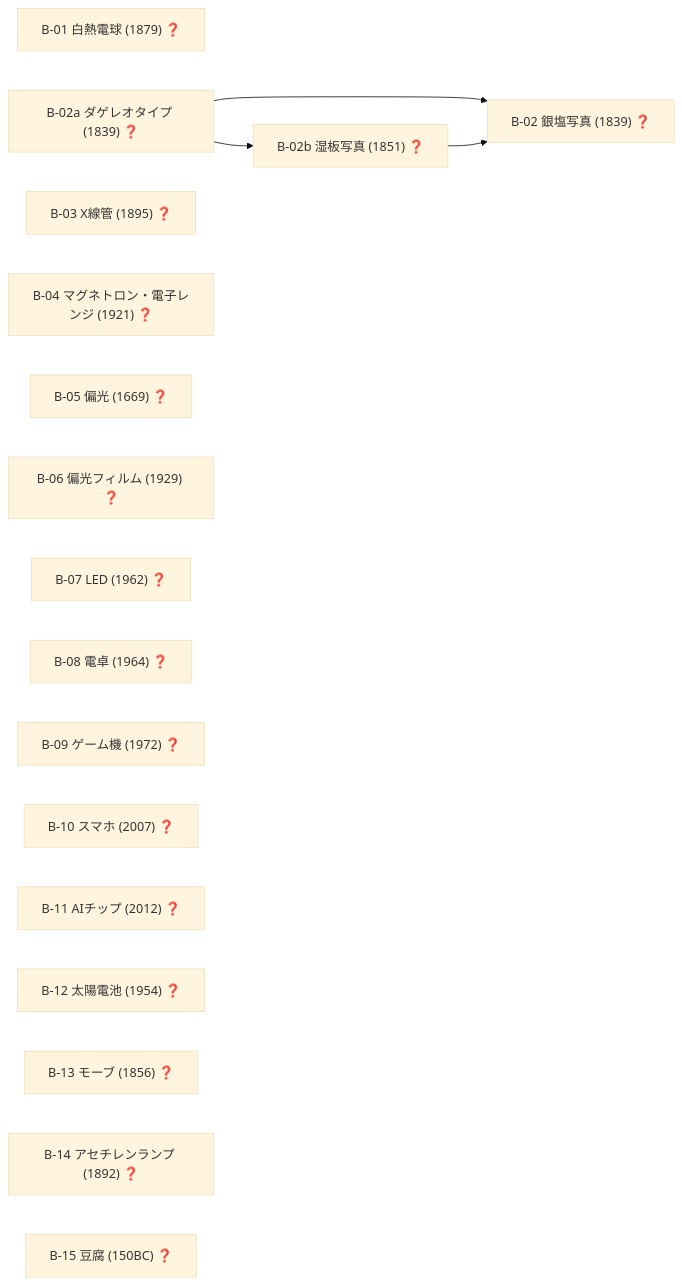
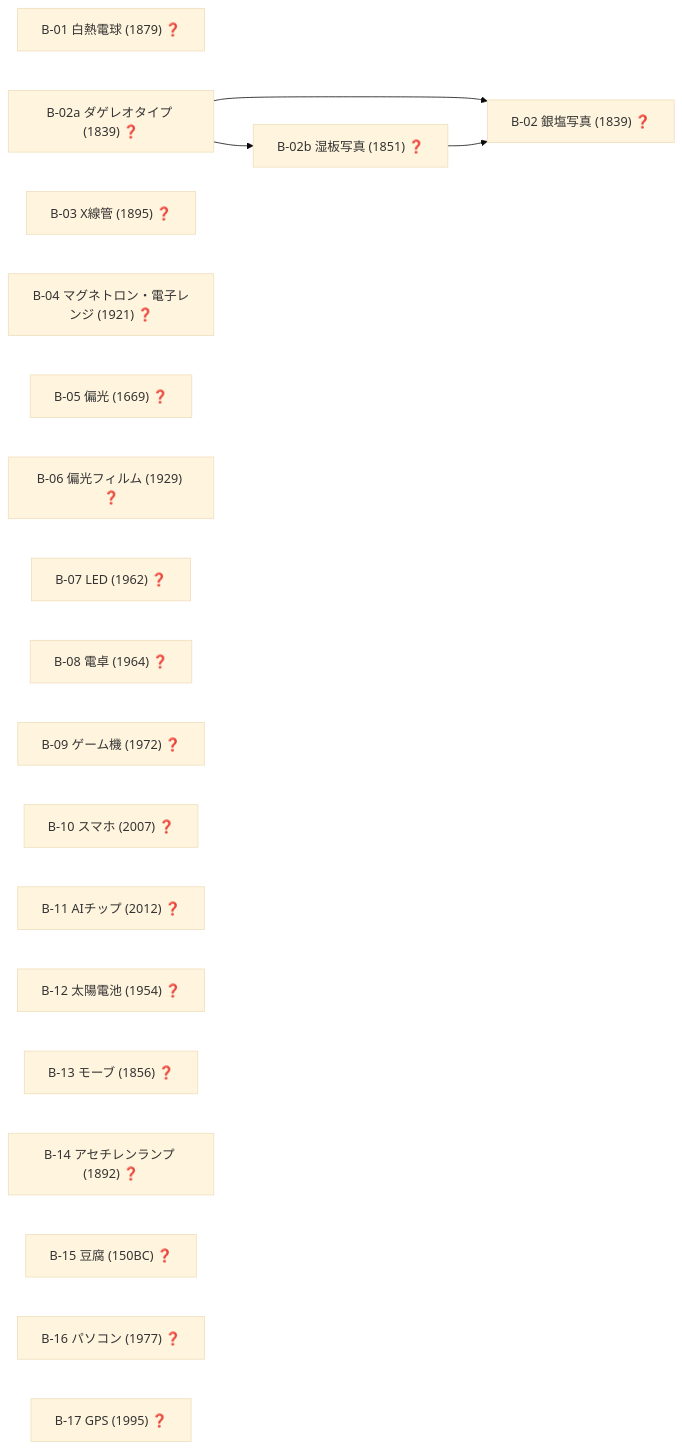
One commit to taku3i0317-collab/semiconductor-lab changed diagram 19 of 19 in docs/TECH_TREE_VIEW.md. Above: the diagram before and after it, drawn with Mermaid (base theme). The commit also changed other lines of this file and 9 other files, not shown here.

````diff
--- a/docs/TECH_TREE_VIEW.md
+++ b/docs/TECH_TREE_VIEW.md
@@ -814,23 +814,25 @@
 ```mermaid
 graph LR
   nB_01["B-01 白熱電球 (1879) ❓"]
   nB_02["B-02 銀塩写真 (1839) ❓"]
   nB_02a["B-02a ダゲレオタイプ (1839) ❓"]
   nB_02b["B-02b 湿板写真 (1851) ❓"]
   nB_03["B-03 X線管 (1895) ❓"]
   nB_04["B-04 マグネトロン・電子レンジ (1921) ❓"]
   nB_05["B-05 偏光 (1669) ❓"]
   nB_06["B-06 偏光フィルム (1929) ❓"]
   nB_07["B-07 LED (1962) ❓"]
   nB_08["B-08 電卓 (1964) ❓"]
   nB_09["B-09 ゲーム機 (1972) ❓"]
   nB_10["B-10 スマホ (2007) ❓"]
   nB_11["B-11 AIチップ (2012) ❓"]
   nB_12["B-12 太陽電池 (1954) ❓"]
   nB_13["B-13 モーブ (1856) ❓"]
   nB_14["B-14 アセチレンランプ (1892) ❓"]
   nB_15["B-15 豆腐 (150BC) ❓"]
+  nB_16["B-16 パソコン (1977) ❓"]
+  nB_17["B-17 GPS (1995) ❓"]
   nB_02a-->nB_02
   nB_02b-->nB_02
   nB_02a-->nB_02b
 ```
````
